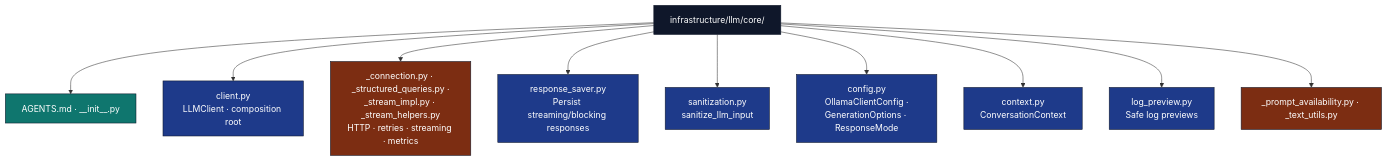
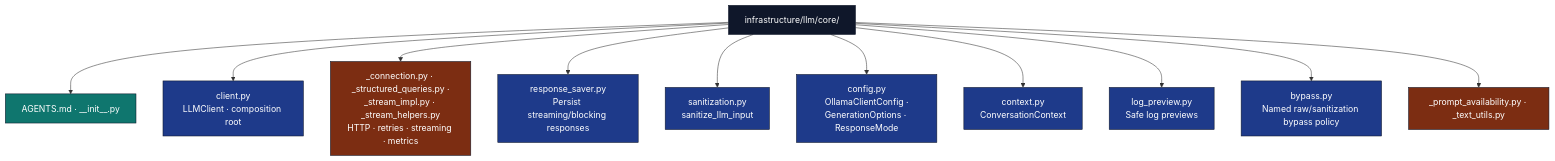
Before and after one commit to docxology/template: the diagram in infrastructure/llm/core/AGENTS.md, drawn with Mermaid. The commit also changed other lines of this file and 247 other files, not shown here.

````diff
--- a/infrastructure/llm/core/AGENTS.md
+++ b/infrastructure/llm/core/AGENTS.md
@@ -9,22 +9,23 @@
 ```mermaid
 flowchart TB
     CORE[infrastructure/llm/core/]
     CORE --> META[AGENTS.md · __init__.py]
     CORE --> CLIENT[client.py<br/>LLMClient · composition root]
     CORE --> MIXINS[_connection.py · _structured_queries.py ·<br/>_stream_impl.py · _stream_helpers.py<br/>HTTP · retries · streaming · metrics]
     CORE --> SAVER[response_saver.py<br/>Persist streaming/blocking responses]
     CORE --> SAN[sanitization.py<br/>sanitize_llm_input]
     CORE --> CFG[config.py<br/>OllamaClientConfig ·<br/>GenerationOptions · ResponseMode]
     CORE --> CTX[context.py<br/>ConversationContext]
     CORE --> LOGP[log_preview.py<br/>Safe log previews]
+    CORE --> BYPASS[bypass.py<br/>Named raw/sanitization bypass policy]
     CORE --> PRIV[_prompt_availability.py · _text_utils.py]
 
     classDef d fill:#0f172a,stroke:#0f172a,color:#fff
     classDef code fill:#1e3a8a,stroke:#0f172a,color:#fff
     classDef priv fill:#7c2d12,stroke:#0f172a,color:#fff
     classDef doc fill:#0f766e,stroke:#0f172a,color:#fff
     class CORE d
-    class CLIENT,SAVER,SAN,CFG,CTX,LOGP code
+    class CLIENT,SAVER,SAN,CFG,CTX,LOGP,BYPASS code
     class MIXINS,PRIV priv
     class META doc
 ```
````
